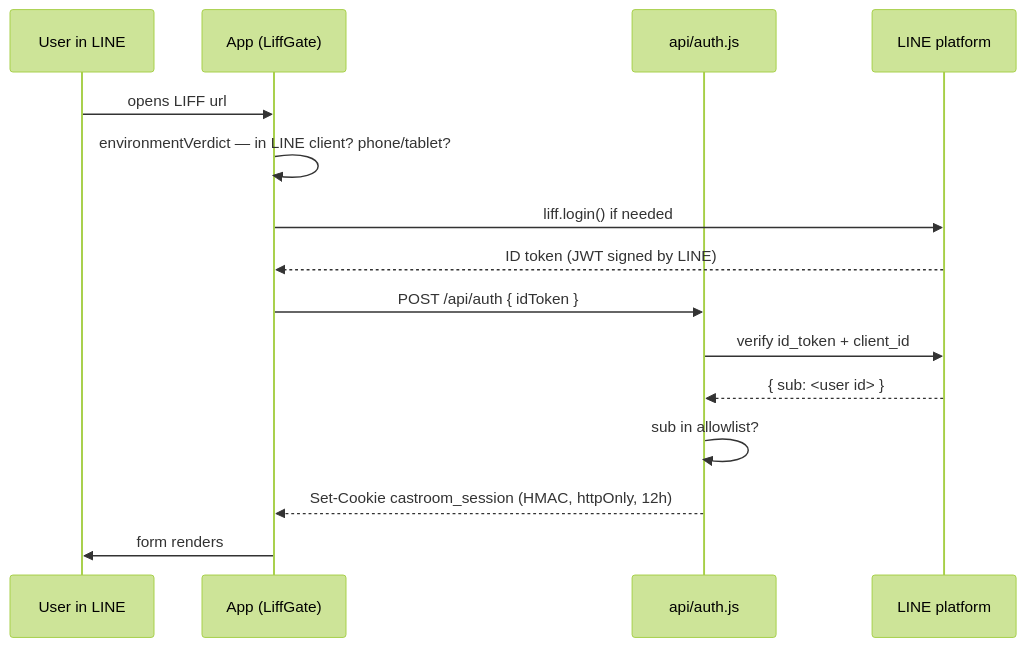
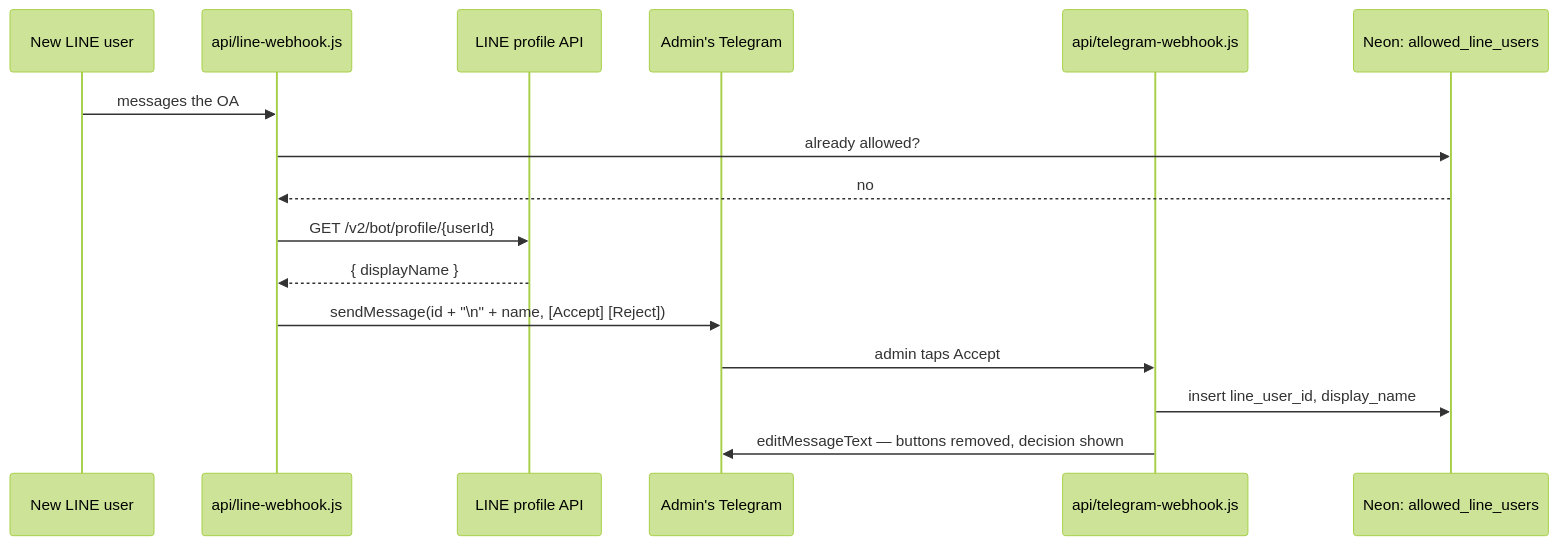
One commit to pongpoti/castroom changed the second of 2 diagrams in docs/backend.md. Above: the diagram before and after it, drawn with Mermaid (forest theme). The commit also changed other lines of this file and 21 other files, not shown here.

First line of the commit message:
Drop the Sheets mirror, add rate limiting, move the allowlist to Neon (#41)

````diff
--- a/docs/backend.md
+++ b/docs/backend.md
@@ -185,17 +195,19 @@
 ```mermaid
 sequenceDiagram
-  participant U as User in LINE
-  participant A as App (LiffGate)
-  participant S as api/auth.js
-  participant L as LINE platform
-  U->>A: opens LIFF url
-  A->>A: environmentVerdict — in LINE client? phone/tablet?
-  A->>L: liff.login() if needed
-  L-->>A: ID token (JWT signed by LINE)
-  A->>S: POST /api/auth { idToken }
-  S->>L: verify id_token + client_id
-  L-->>S: { sub: <user id> }
-  S->>S: sub in allowlist?
-  S-->>A: Set-Cookie castroom_session (HMAC, httpOnly, 12h)
-  A->>U: form renders
+  participant U as New LINE user
+  participant LW as api/line-webhook.js
+  participant L as LINE profile API
+  participant T as Admin's Telegram
+  participant TW as api/telegram-webhook.js
+  participant DB as Neon: allowed_line_users
+
+  U->>LW: messages the OA
+  LW->>DB: already allowed?
+  DB-->>LW: no
+  LW->>L: GET /v2/bot/profile/{userId}
+  L-->>LW: { displayName }
+  LW->>T: sendMessage(id + "\n" + name, [Accept] [Reject])
+  T->>TW: admin taps Accept
+  TW->>DB: insert line_user_id, display_name
+  TW->>T: editMessageText — buttons removed, decision shown
 ```
````
